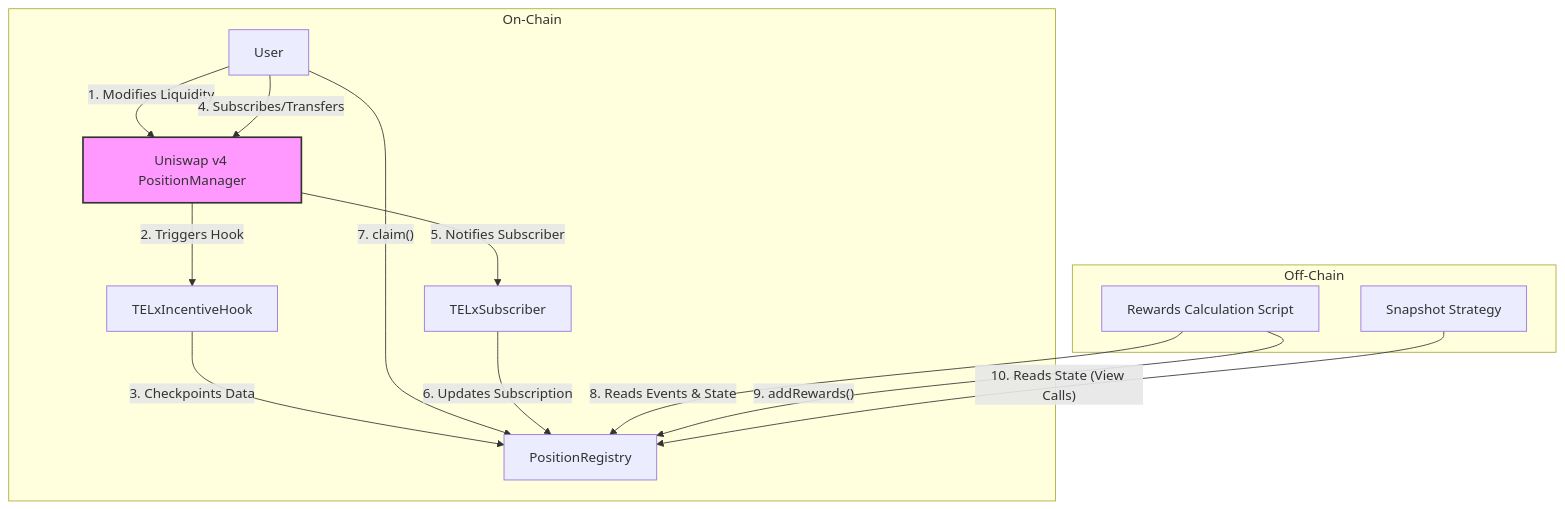
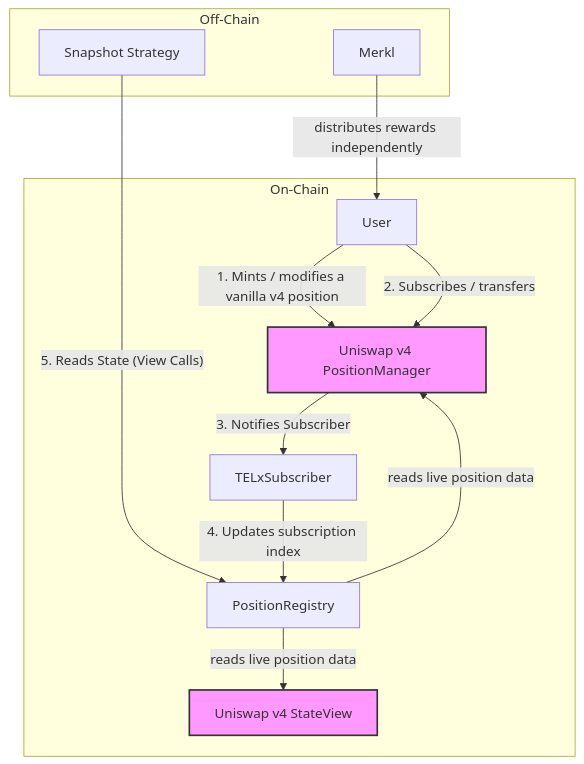
The diagram in contracts/telx/core/README.md (Telcoin-Association/telcoin-laboratories-contracts), drawn with Mermaid before and after one commit. The commit also changed other lines of this file and 98 other files, not shown here.

First line of the commit message:
TELx v4 pool suite + TEL v3 PositionRegistry (hook removal) (#89)

````diff
--- a/contracts/telx/core/README.md
+++ b/contracts/telx/core/README.md
@@ -59,21 +94,19 @@
 ```mermaid
 graph TD
     subgraph On-Chain
-        User -- 1. Modifies Liquidity --> UNISWAP_V4[Uniswap v4 PositionManager];
-        UNISWAP_V4 -- 2. Triggers Hook --> Hook[TELxIncentiveHook];
-        Hook -- 3. Checkpoints Data --> Registry[PositionRegistry];
-        User -- 7. claim() --> Registry;
-
-        User -- 4. Subscribes/Transfers --> UNISWAP_V4;
-        UNISWAP_V4 -- 5. Notifies Subscriber --> Subscriber[TELxSubscriber];
-        Subscriber -- 6. Updates Subscription --> Registry;
+        User -- 1. Mints / modifies a vanilla v4 position --> UNISWAP_V4[Uniswap v4 PositionManager];
+        User -- 2. Subscribes / transfers --> UNISWAP_V4;
+        UNISWAP_V4 -- 3. Notifies Subscriber --> Subscriber[TELxSubscriber];
+        Subscriber -- 4. Updates subscription index --> Registry[PositionRegistry];
+        Registry -- reads live position data --> UNISWAP_V4;
+        Registry -- reads live position data --> STATEVIEW[Uniswap v4 StateView];
     end
 
     subgraph Off-Chain
-        RewardsScript[Rewards Calculation Script] -- 8. Reads Events & State --> Registry;
-        RewardsScript -- 9. addRewards() --> Registry;
-        Snapshot[Snapshot Strategy] -- 10. Reads State (View Calls) --> Registry;
+        Snapshot[Snapshot Strategy] -- 5. Reads State (View Calls) --> Registry;
+        Merkl[Merkl] -- distributes rewards independently --> User;
     end
 
     style UNISWAP_V4 fill:#f9f,stroke:#333,stroke-width:2px
+    style STATEVIEW fill:#f9f,stroke:#333,stroke-width:2px
 ```
````
